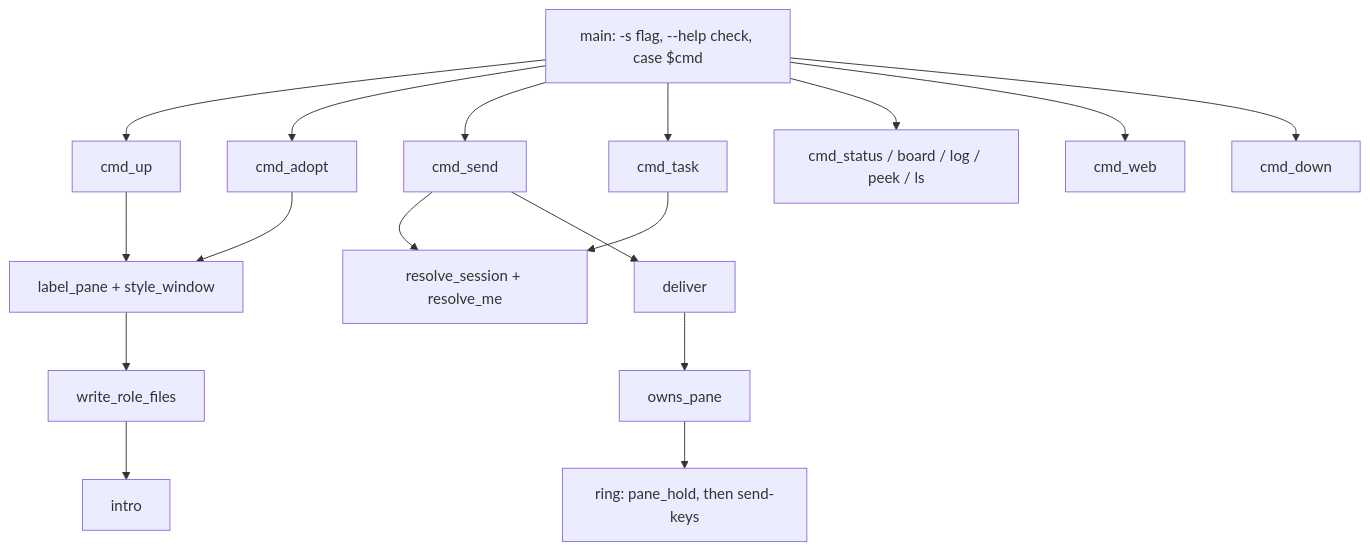
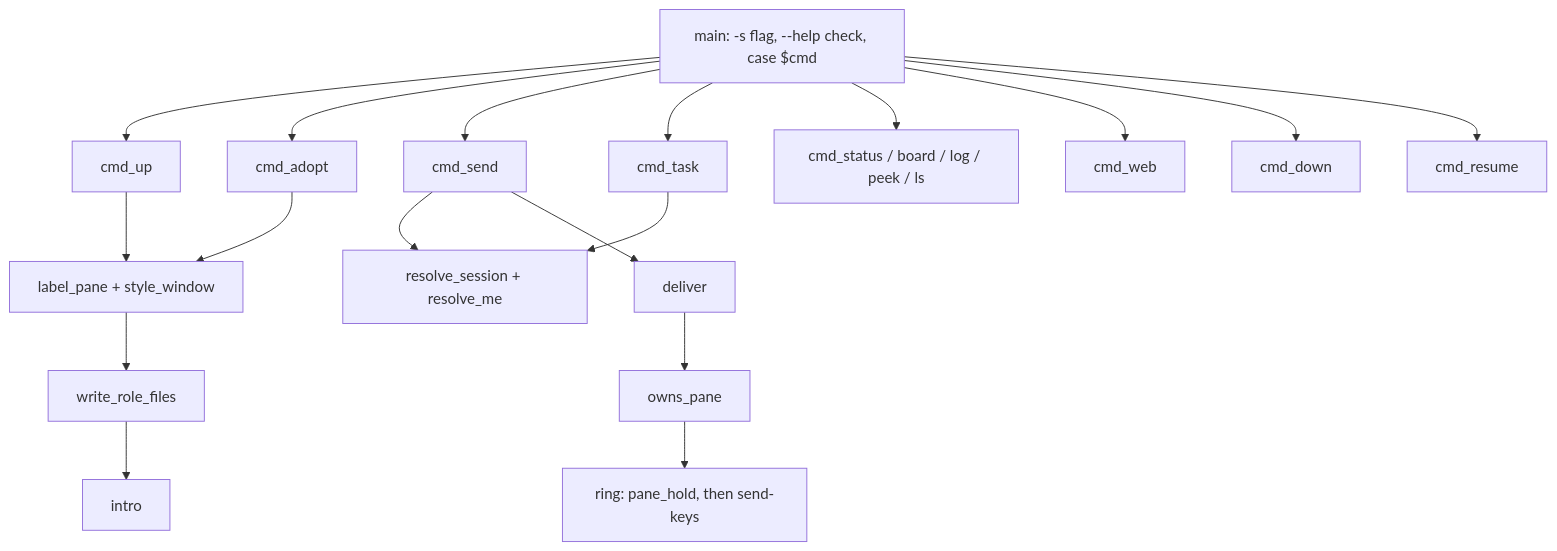
Before and after one commit to mifwar/crew: the diagram in lode/cli/summary.md, drawn with Mermaid. The commit also changed other lines of this file and 11 other files, not shown here.

````diff
--- a/lode/cli/summary.md
+++ b/lode/cli/summary.md
@@ -44,7 +46,7 @@
 ```mermaid
 flowchart TD
-  main["main: -s flag, --help check, case $cmd"] --> up[cmd_up] & adopt[cmd_adopt] & send[cmd_send] & task[cmd_task] & view["cmd_status / board / log / peek / ls"] & web[cmd_web] & down[cmd_down]
+  main["main: -s flag, --help check, case $cmd"] --> up[cmd_up] & adopt[cmd_adopt] & send[cmd_send] & task[cmd_task] & view["cmd_status / board / log / peek / ls"] & web[cmd_web] & down[cmd_down] & resume[cmd_resume]
   send & task --> resolve["resolve_session + resolve_me"]
   send --> deliver --> owns[owns_pane] --> ringw["ring: pane_hold, then send-keys"]
   up & adopt --> label[label_pane + style_window] --> roles[write_role_files] --> intro
 ```
````
